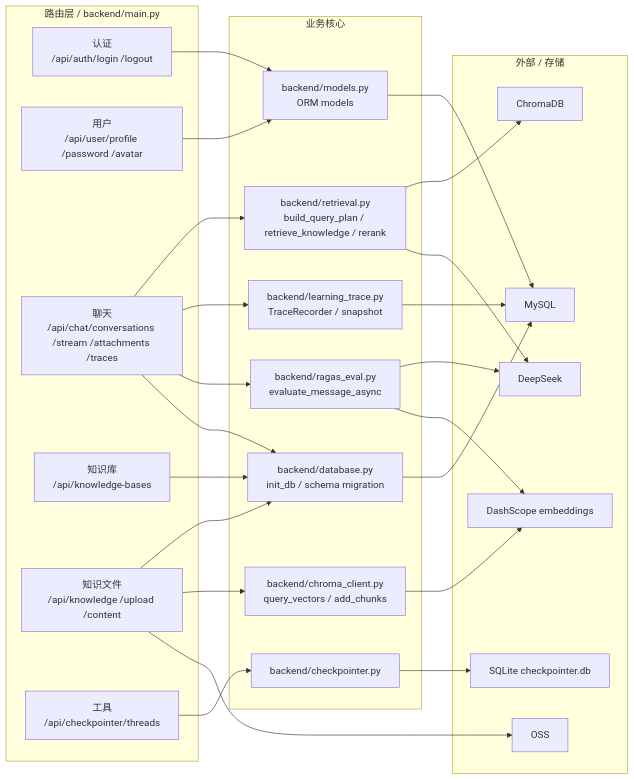
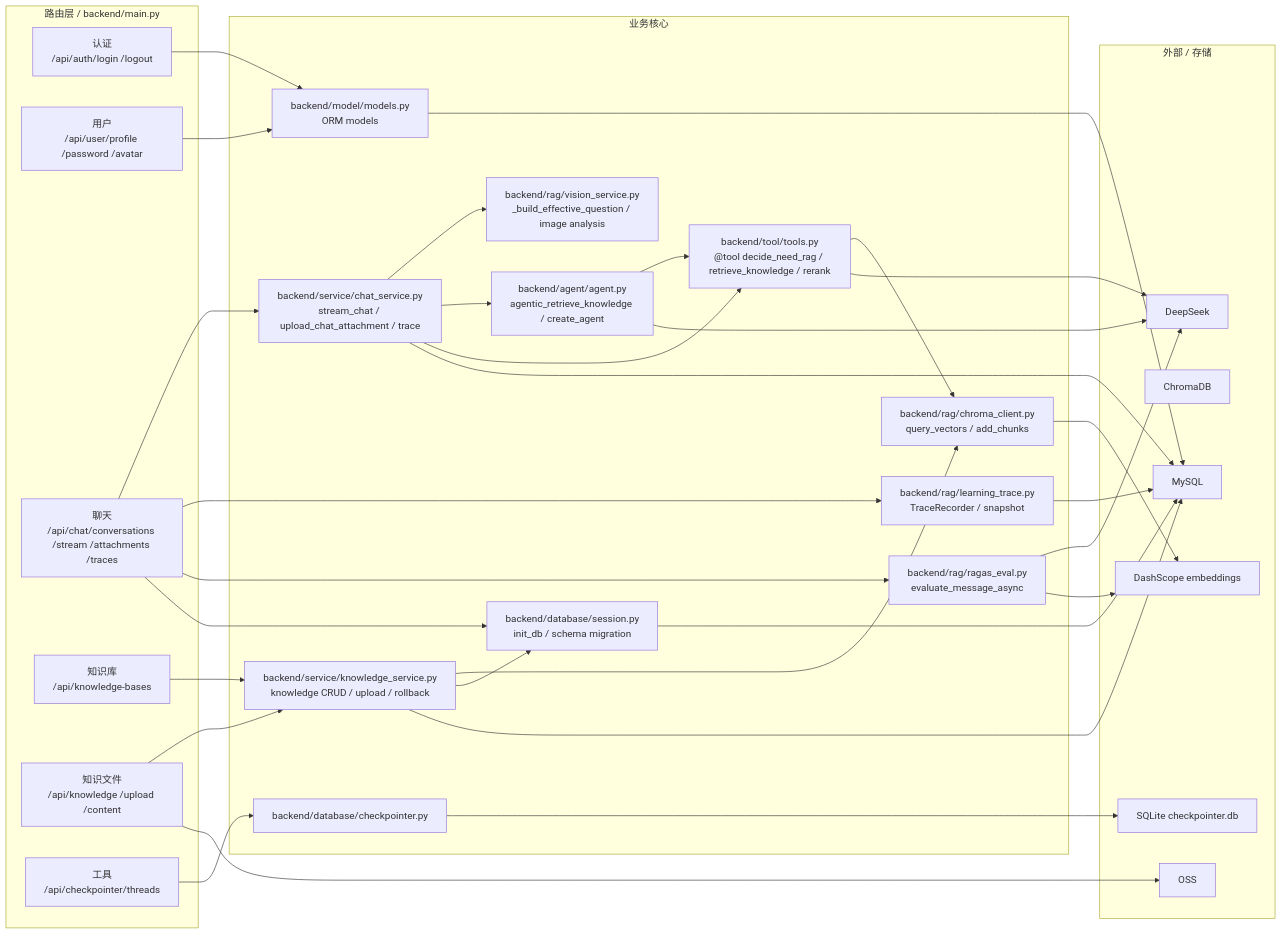
The third of 8 diagrams in docs/PROJECT_ARCHITECTURE_FULL.md (baiye-banned/Agent_about_answer), drawn with Mermaid before and after one commit. The commit also changed other lines of this file and 53 other files, not shown here.

````diff
--- a/docs/PROJECT_ARCHITECTURE_FULL.md
+++ b/docs/PROJECT_ARCHITECTURE_FULL.md
@@ -147,52 +166,64 @@
 ```mermaid
 flowchart LR
   subgraph Routes["路由层 / backend/main.py"]
     Auth["认证<br/>/api/auth/login /logout"]
     User["用户<br/>/api/user/profile /password /avatar"]
     Chat["聊天<br/>/api/chat/conversations /stream /attachments /traces"]
     KB["知识库<br/>/api/knowledge-bases"]
     Files["知识文件<br/>/api/knowledge /upload /content"]
     Tools["工具<br/>/api/checkpointer/threads"]
   end
 
   subgraph Core["业务核心"]
-    DB["backend/database.py<br/>init_db / schema migration"]
-    Models["backend/models.py<br/>ORM models"]
-    Retrieval["backend/retrieval.py<br/>build_query_plan / retrieve_knowledge / rerank"]
-    Chroma["backend/chroma_client.py<br/>query_vectors / add_chunks"]
-    Trace["backend/learning_trace.py<br/>TraceRecorder / snapshot"]
-    Ragas["backend/ragas_eval.py<br/>evaluate_message_async"]
-    Checkpointer["backend/checkpointer.py"]
+    DB["backend/database/session.py<br/>init_db / schema migration"]
+    Models["backend/model/models.py<br/>ORM models"]
+    ChatSvc["backend/service/chat_service.py<br/>stream_chat / upload_chat_attachment / trace"]
+    KnowledgeSvc["backend/service/knowledge_service.py<br/>knowledge CRUD / upload / rollback"]
+    VisionSvc["backend/rag/vision_service.py<br/>_build_effective_question / image analysis"]
+    LangChainAgent["backend/agent/agent.py<br/>agentic_retrieve_knowledge / create_agent"]
+    Tool["backend/tool/tools.py<br/>@tool decide_need_rag / retrieve_knowledge / rerank"]
+    Chroma["backend/rag/chroma_client.py<br/>query_vectors / add_chunks"]
+    Trace["backend/rag/learning_trace.py<br/>TraceRecorder / snapshot"]
+    Ragas["backend/rag/ragas_eval.py<br/>evaluate_message_async"]
+    Checkpointer["backend/database/checkpointer.py"]
   end
 
   subgraph Services["外部 / 存储"]
     MySQL["MySQL"]
     ChromaDB["ChromaDB"]
     OSS["OSS"]
     DeepSeek["DeepSeek"]
     DashScope["DashScope embeddings"]
     SQLite["SQLite checkpointer.db"]
   end
 
   Auth --> Models
   User --> Models
-  Chat --> Retrieval
+  Chat --> ChatSvc
+  KB --> KnowledgeSvc
+  Files --> KnowledgeSvc
+  ChatSvc --> VisionSvc
+  ChatSvc --> LangChainAgent
+  ChatSvc --> Tool
+  KnowledgeSvc --> Chroma
+  KnowledgeSvc --> DB
+  LangChainAgent --> Tool
+  Tool --> Chroma
   Chat --> Trace
   Chat --> Ragas
   Chat --> DB
-  KB --> DB
-  Files --> DB
-  Files --> Chroma
   Tools --> Checkpointer
 
   DB --> MySQL
   Models --> MySQL
-  Retrieval --> ChromaDB
-  Retrieval --> DeepSeek
+  ChatSvc --> MySQL
+  KnowledgeSvc --> MySQL
+  Tool --> DeepSeek
+  LangChainAgent --> DeepSeek
   Chroma --> DashScope
   Trace --> MySQL
   Ragas --> DeepSeek
   Ragas --> DashScope
   Checkpointer --> SQLite
   Files --> OSS
 ```
````
